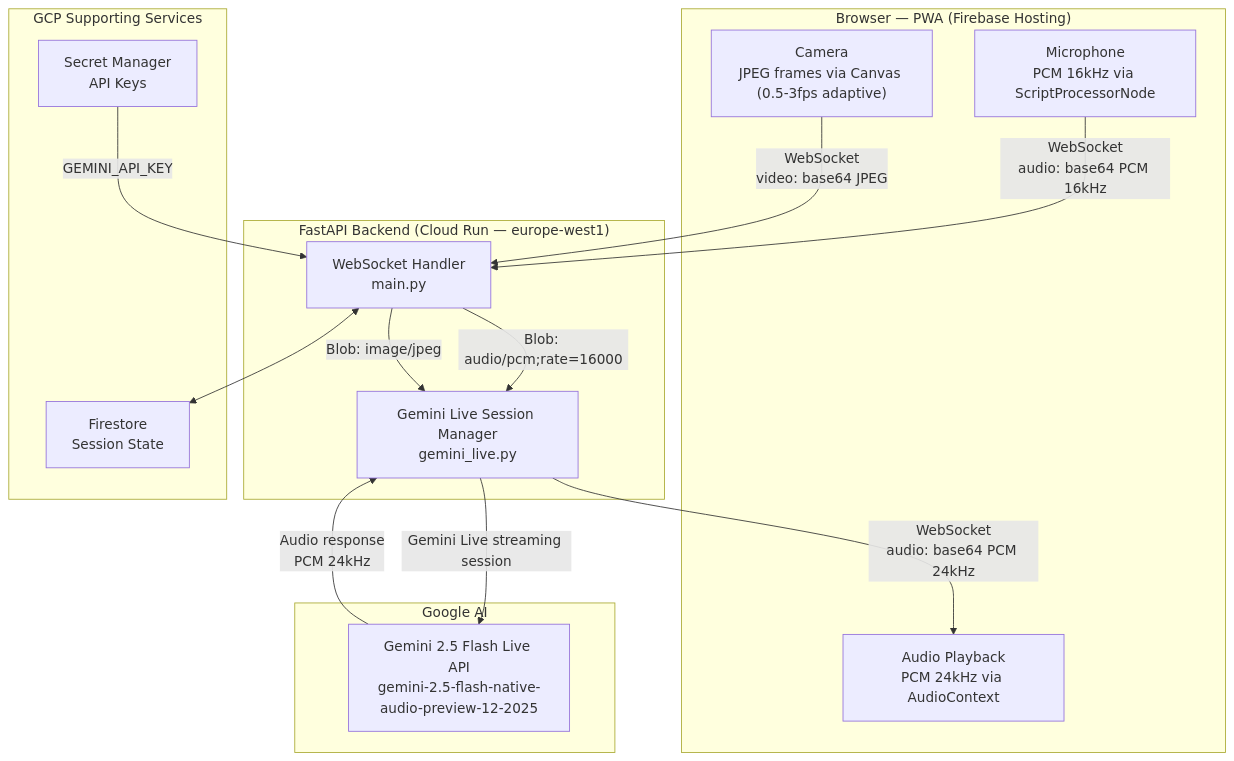
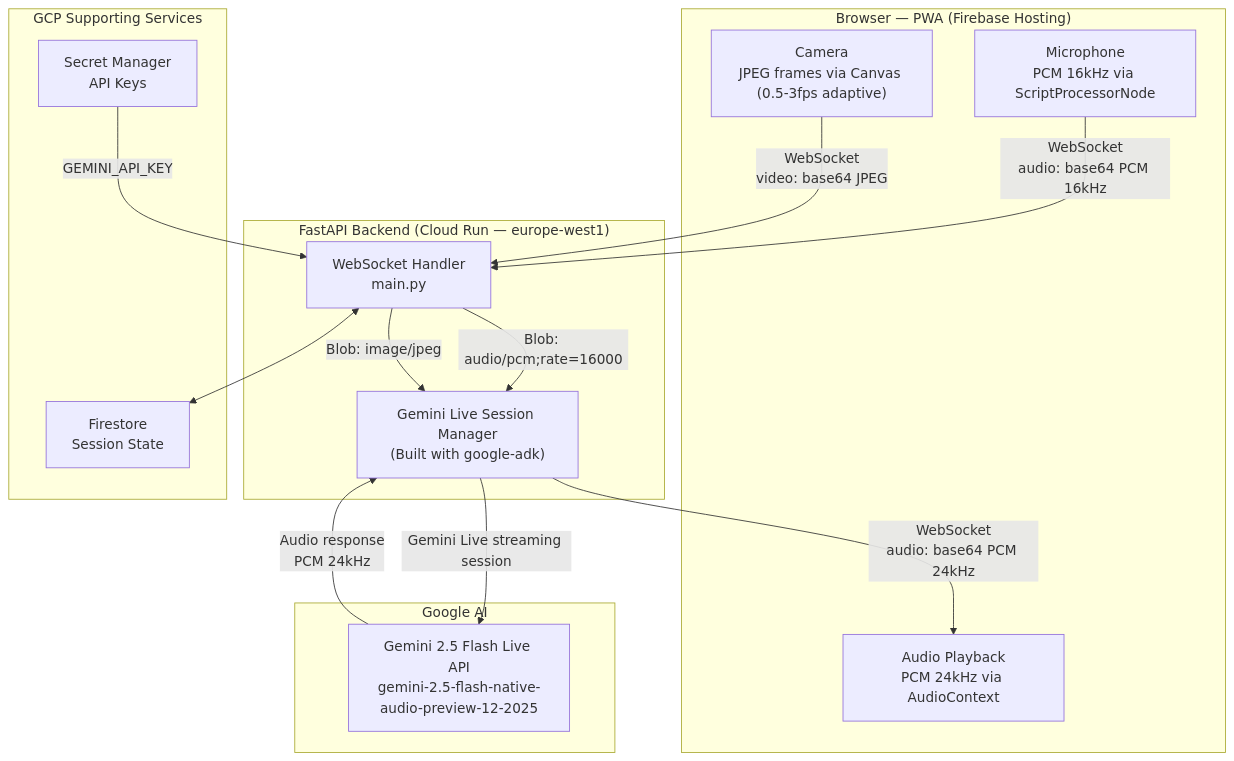
The diagram in README.md (luistatera/SeeMeTutor), drawn with Mermaid before and after one commit. The commit also changed other lines of this file and 8 other files, not shown here.

Commit message:
feat: Integrate Google ADK for agent management, introduce the `tutor_agent` module, and add new documentation for architecture, context, ADK reference, and a story workshop.

````diff
--- a/README.md
+++ b/README.md
@@ -52,32 +52,32 @@
 ```mermaid
 flowchart TD
     subgraph Browser["Browser — PWA (Firebase Hosting)"]
         MIC["Microphone\nPCM 16kHz via ScriptProcessorNode"]
         CAM["Camera\nJPEG frames via Canvas (0.5-3fps adaptive)"]
         PLAY["Audio Playback\nPCM 24kHz via AudioContext"]
     end
 
     subgraph Backend["FastAPI Backend (Cloud Run — europe-west1)"]
         WS["WebSocket Handler\nmain.py"]
-        GL["Gemini Live Session Manager\ngemini_live.py"]
+        GL["Gemini Live Session Manager\n(Built with google-adk)"]
     end
 
     subgraph Google["Google AI"]
         GEMINI["Gemini 2.5 Flash Live API\ngemini-2.5-flash-native-audio-preview-12-2025"]
     end
 
     subgraph GCP["GCP Supporting Services"]
         FS["Firestore\nSession State"]
         SM["Secret Manager\nAPI Keys"]
     end
 
     MIC -- "WebSocket\naudio: base64 PCM 16kHz" --> WS
     CAM -- "WebSocket\nvideo: base64 JPEG" --> WS
     WS -- "Blob: audio/pcm;rate=16000" --> GL
     WS -- "Blob: image/jpeg" --> GL
     GL -- "Gemini Live streaming session" --> GEMINI
     GEMINI -- "Audio response\nPCM 24kHz" --> GL
     GL -- "WebSocket\naudio: base64 PCM 24kHz" --> PLAY
     WS <--> FS
     SM -- "GEMINI_API_KEY" --> WS
 ```
````
